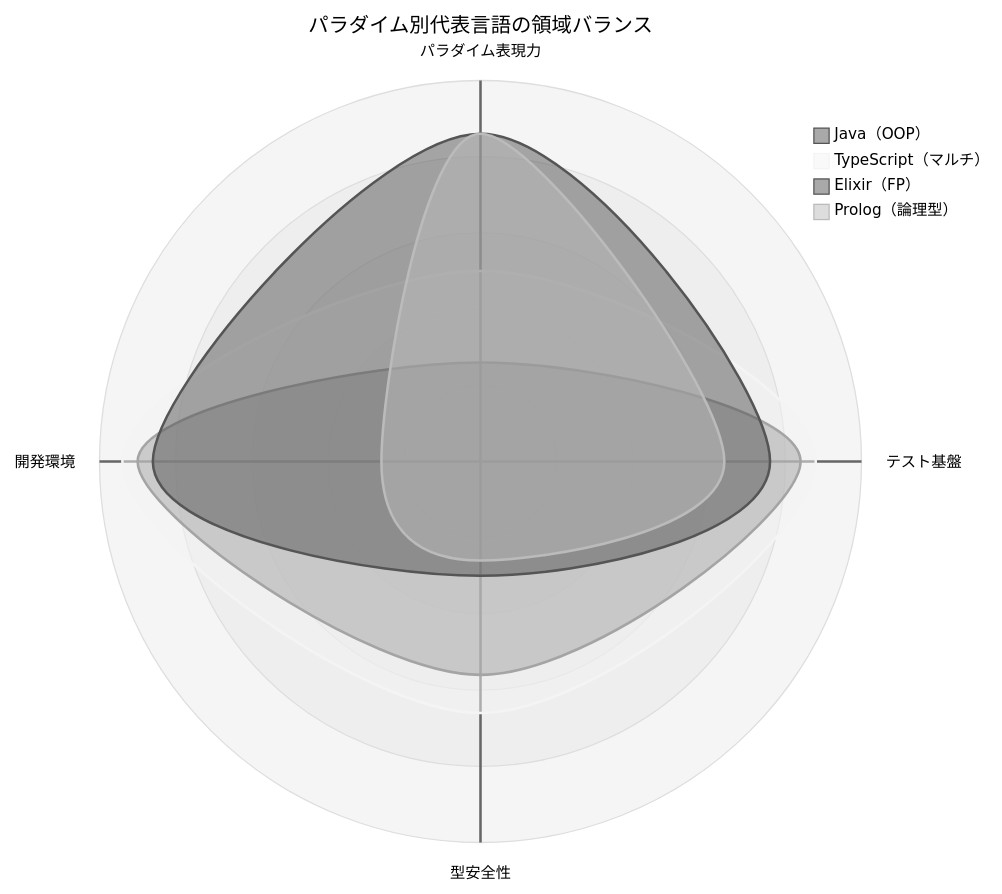
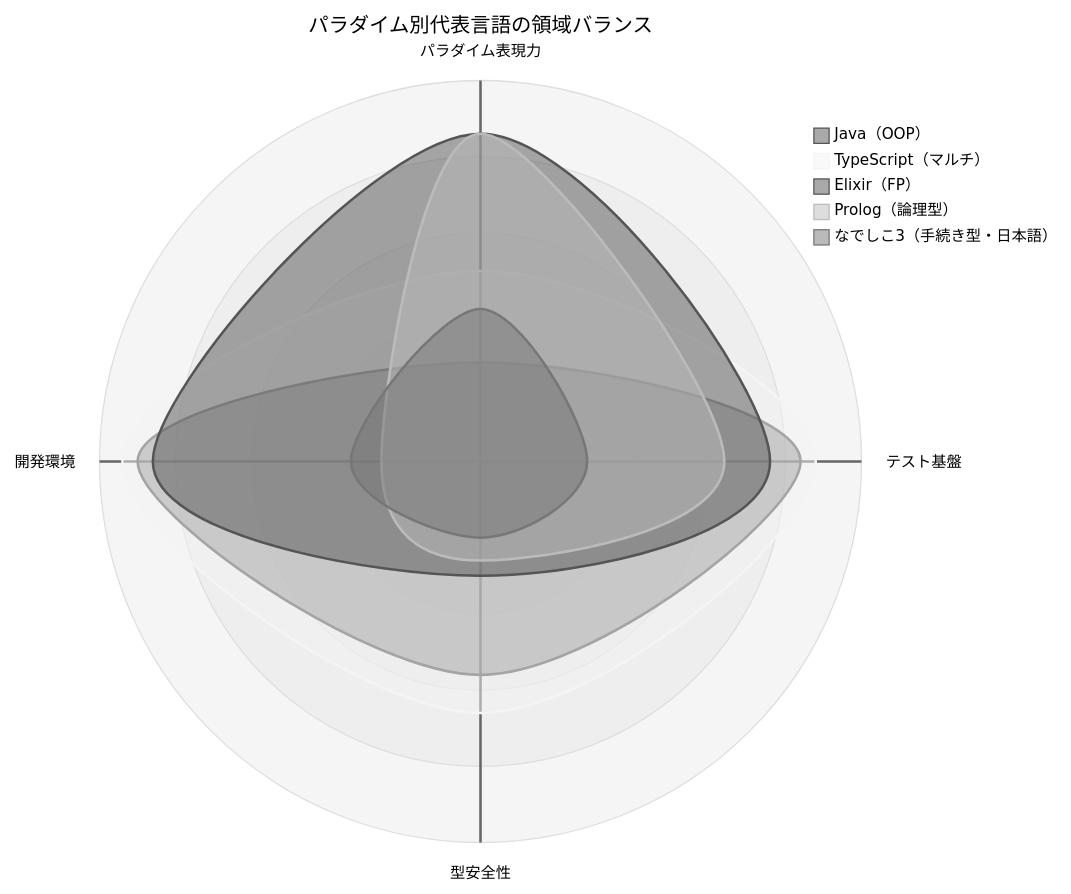
The second of 2 diagrams in docs/article/integration/07-total-score-comparison.md (k2works/getting-started-tdd), drawn with Mermaid (neutral theme) before and after one commit. The commit also changed other lines of this file and 10 other files, not shown here.

````diff
--- a/docs/article/integration/07-total-score-comparison.md
+++ b/docs/article/integration/07-total-score-comparison.md
@@ -68,12 +69,13 @@
 ```mermaid
 radar-beta
   title パラダイム別代表言語の領域バランス
   axis pe["パラダイム表現力"], tf["テスト基盤"]
   axis ts["型安全性"], de["開発環境"]
   curve java["Java（OOP）"]{1.3, 4.2, 2.8, 4.5}
   curve ts["TypeScript（マルチ）"]{2.5, 4.4, 3.3, 4.7}
   curve elixir["Elixir（FP）"]{4.3, 3.8, 1.5, 4.3}
   curve prolog["Prolog（論理型）"]{4.3, 3.2, 1.3, 1.3}
+  curve nadesiko["なでしこ3（手続き型・日本語）"]{2.0, 1.4, 1.0, 1.7}
   max 5
   min 0
 ```
````
